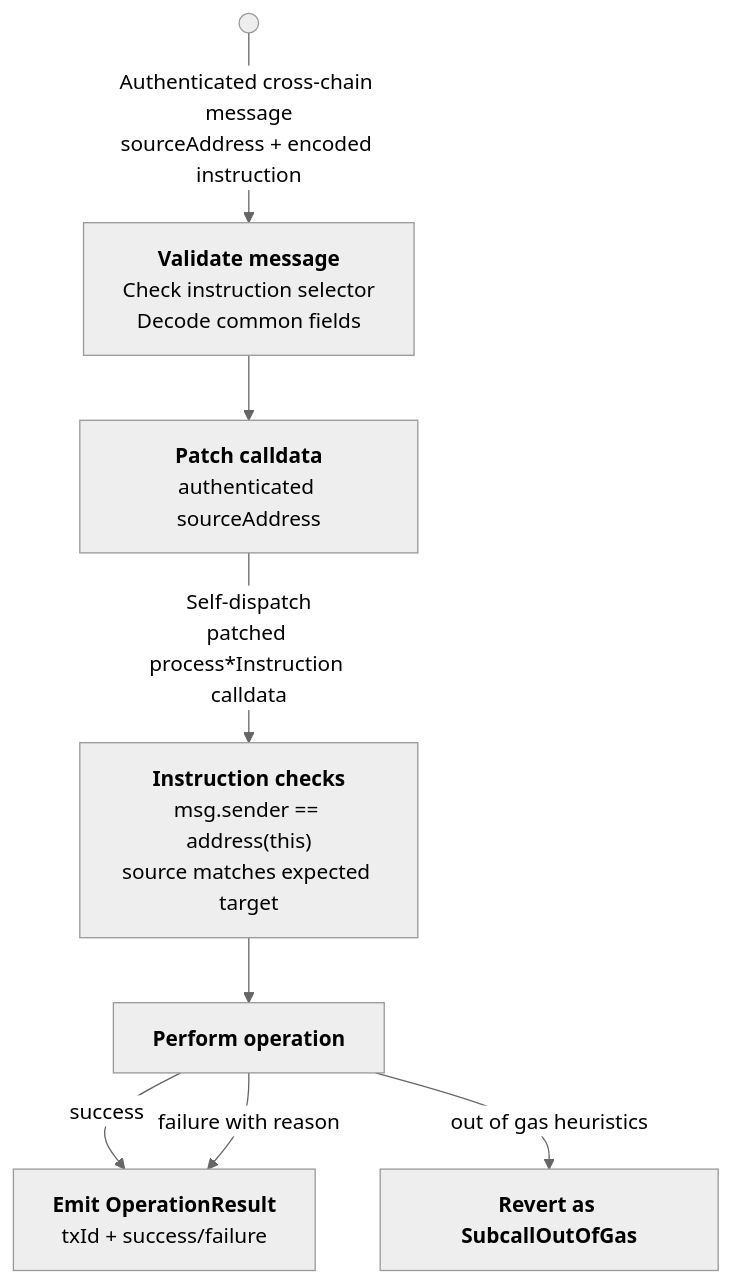
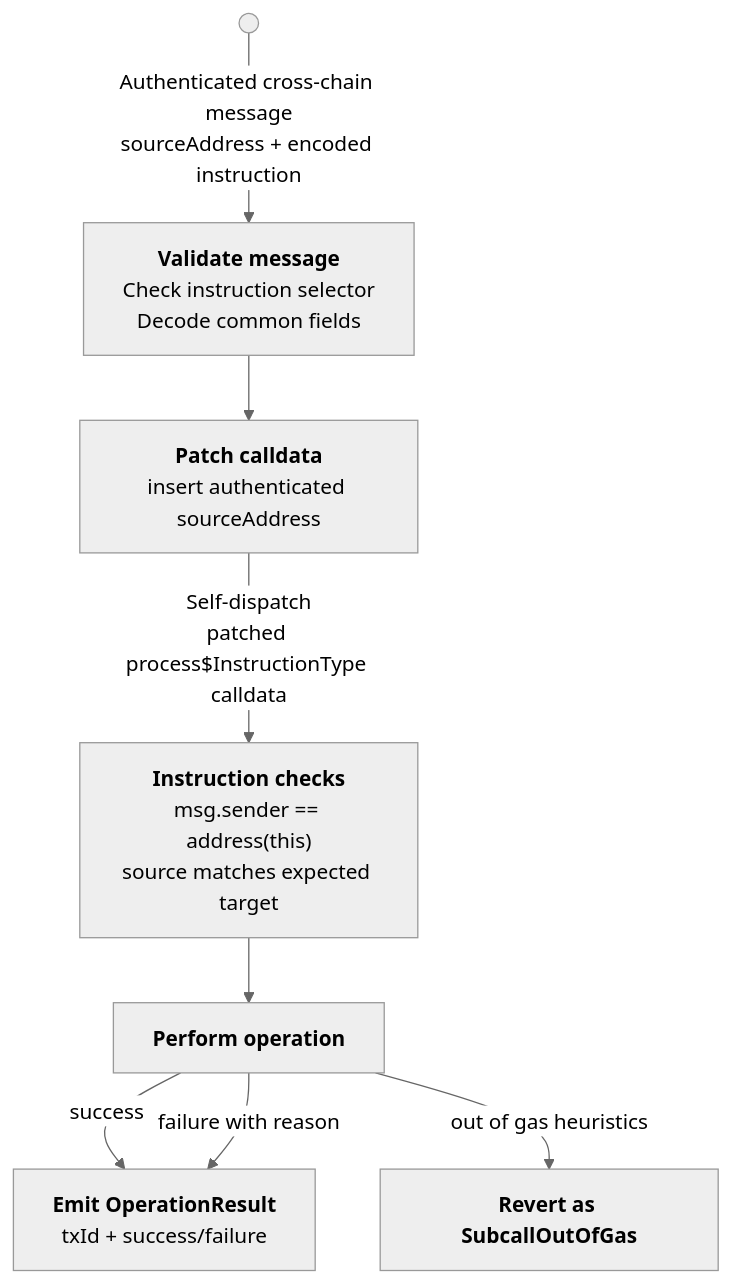
One commit to agoric-labs/agoric-to-axelar-local changed the sixth of 6 diagrams in agoric-docs/ymax-evm-remote-accounts.md. Above: the diagram before and after it, drawn with Mermaid (neutral theme). The commit also changed other lines of this file, not shown here.

Commit message:
chore: address simpler feedback

````diff
--- a/agoric-docs/ymax-evm-remote-accounts.md
+++ b/agoric-docs/ymax-evm-remote-accounts.md
@@ -228,17 +221,17 @@
 ```mermaid
 flowchart TB
   Validate["<b>Validate message</b><br/>Check instruction selector<br/>Decode common fields"]
-  Rewrite["<b>Patch calldata</b><br/>authenticated sourceAddress"]
+  Rewrite["<b>Patch calldata</b><br/>insert authenticated sourceAddress"]
   Processor["<b>Instruction checks</b><br/>msg.sender == address(this)<br/>source matches expected target"]
   Operation["<b>Perform operation</b>"]
   Event["<b>Emit OperationResult</b><br/>txId + success/failure"]
   Revert["<b>Revert as SubcallOutOfGas</b>"]
 
   Execute((" ")) -->|"Authenticated cross-chain message<br/>sourceAddress + encoded instruction"| Validate
   Validate --> Rewrite
-  Rewrite -->|"Self-dispatch<br/>patched process*Instruction calldata"| Processor
+  Rewrite -->|"Self-dispatch<br/>patched process$InstructionType calldata"| Processor
   Processor --> Operation
   Operation -->|"success"| Event
   Operation -->|"failure with reason"| Event
   Operation -->|"out of gas heuristics"| Revert
 ```
````
